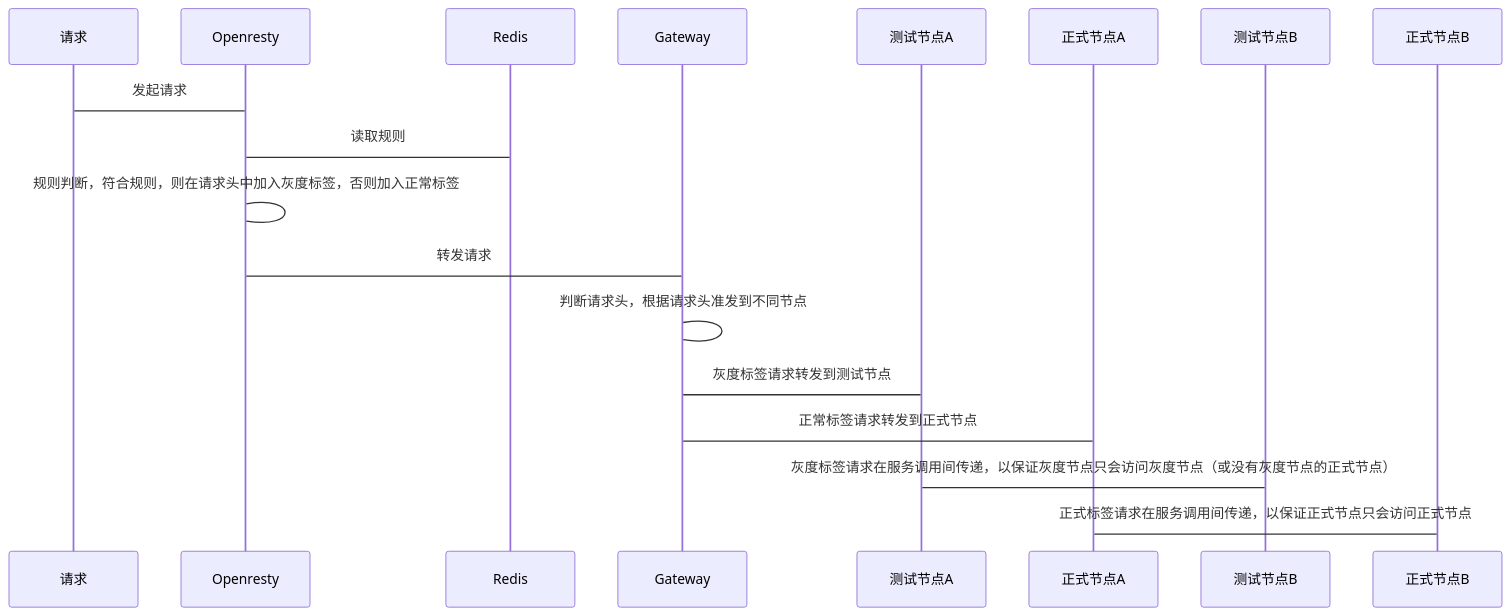
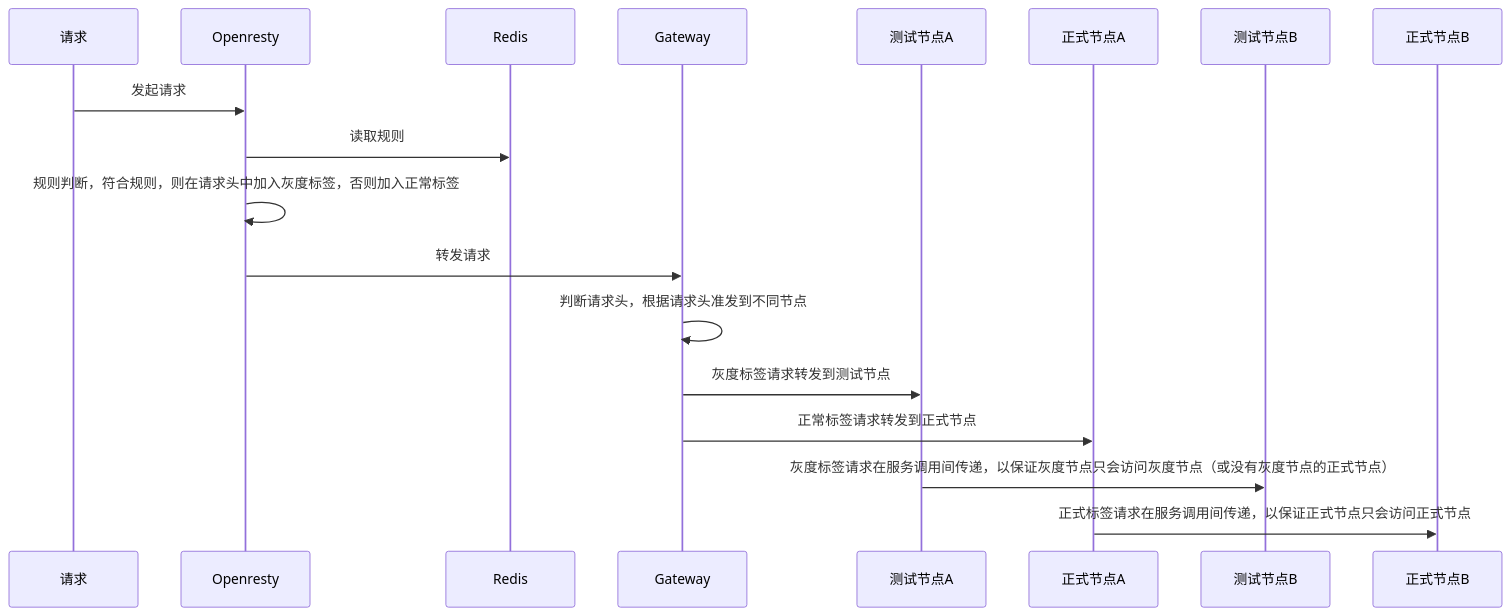
Before and after one commit to One-Xiao-Yi/grayscale-publishing: the second of 2 diagrams in README.md, drawn with Mermaid. The commit also changed other lines of this file, not shown here.

Commit message:
README.md

````diff
--- a/README.md
+++ b/README.md
@@ -40,12 +40,12 @@
 ```mermaid
 sequenceDiagram
-   请求 -> Openresty: 发起请求
-   Openresty -> Redis: 读取规则
-   Openresty -> Openresty: 规则判断，符合规则，则在请求头中加入灰度标签，否则加入正常标签
-   Openresty -> Gateway: 转发请求
-   Gateway -> Gateway: 判断请求头，根据请求头准发到不同节点
-   Gateway -> 测试节点A: 灰度标签请求转发到测试节点
-   Gateway -> 正式节点A: 正常标签请求转发到正式节点
-   测试节点A -> 测试节点B: 灰度标签请求在服务调用间传递，以保证灰度节点只会访问灰度节点（或没有灰度节点的正式节点）
-   正式节点A -> 正式节点B: 正式标签请求在服务调用间传递，以保证正式节点只会访问正式节点
+    请求 ->> Openresty: 发起请求
+    Openresty ->> Redis: 读取规则
+    Openresty ->> Openresty: 规则判断，符合规则，则在请求头中加入灰度标签，否则加入正常标签
+    Openresty ->> Gateway: 转发请求
+    Gateway ->> Gateway: 判断请求头，根据请求头准发到不同节点
+    Gateway ->> 测试节点A: 灰度标签请求转发到测试节点
+    Gateway ->> 正式节点A: 正常标签请求转发到正式节点
+    测试节点A ->> 测试节点B: 灰度标签请求在服务调用间传递，以保证灰度节点只会访问灰度节点（或没有灰度节点的正式节点）
+    正式节点A ->> 正式节点B: 正式标签请求在服务调用间传递，以保证正式节点只会访问正式节点
 ```
````
